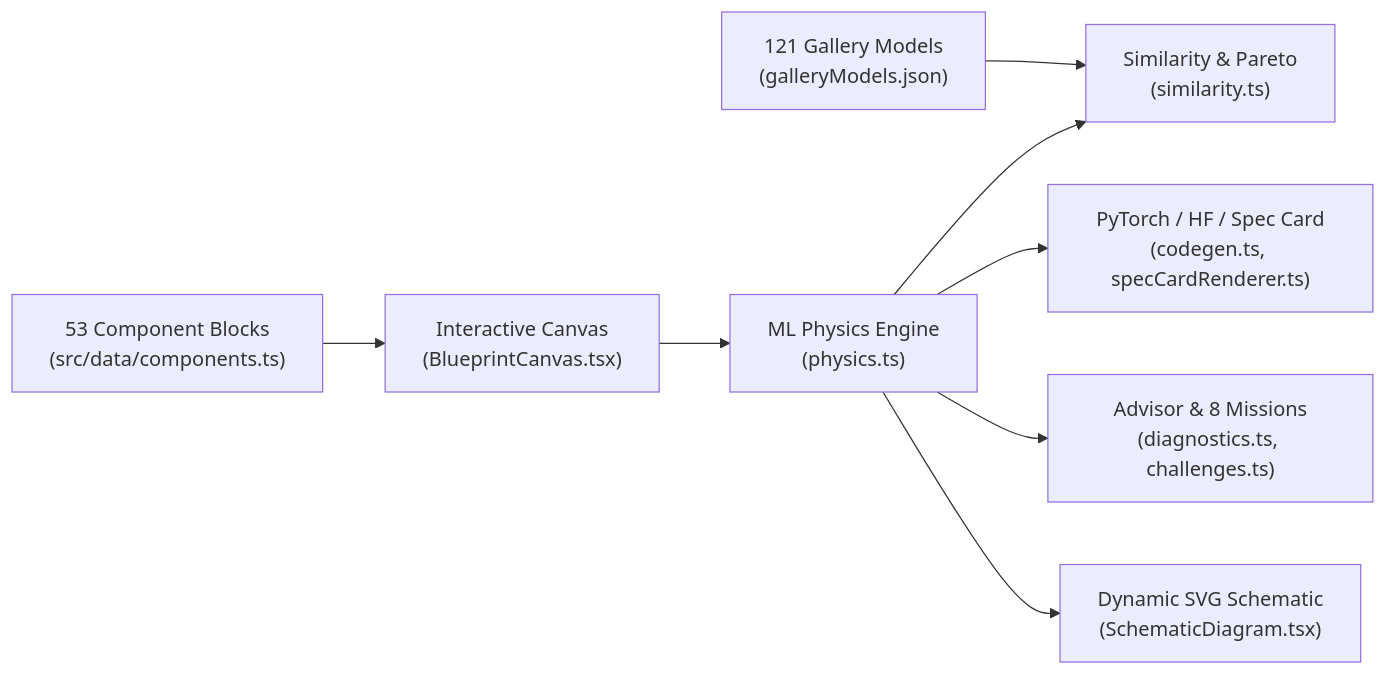
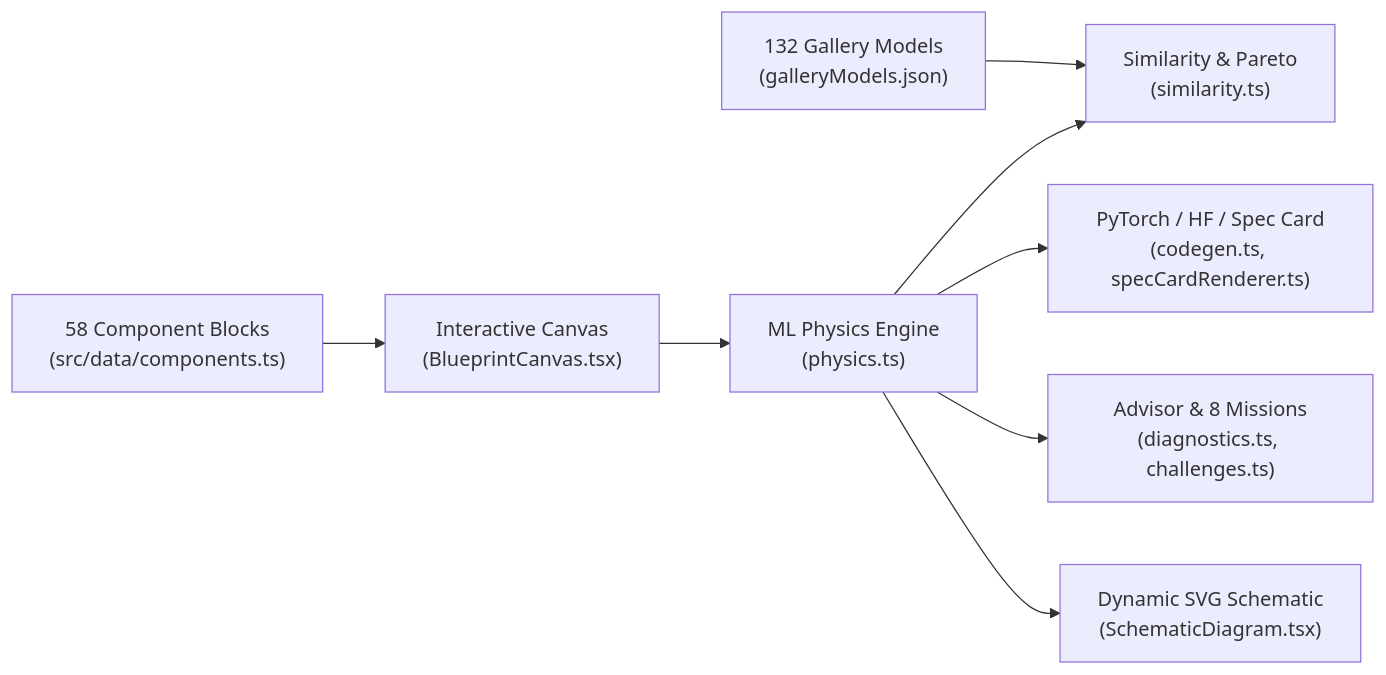
One commit to AKMessi/llm-arch changed the diagram in README.md. Above: the diagram before and after it, drawn with Mermaid. The commit also changed other lines of this file and 19 other files, not shown here.

Commit message:
feat: sync all 132 models from Sebastian Raschka Gallery + add 5 Nov 2026 blocks & 3 presets

````diff
--- a/README.md
+++ b/README.md
@@ -129,10 +131,10 @@
 ```mermaid
 flowchart LR
-  A["53 Component Blocks\n(src/data/components.ts)"] --> C["Interactive Canvas\n(BlueprintCanvas.tsx)"]
-  B["121 Gallery Models\n(galleryModels.json)"] --> D["Similarity & Pareto\n(similarity.ts)"]
+  A["58 Component Blocks\n(src/data/components.ts)"] --> C["Interactive Canvas\n(BlueprintCanvas.tsx)"]
+  B["132 Gallery Models\n(galleryModels.json)"] --> D["Similarity & Pareto\n(similarity.ts)"]
   C --> E["ML Physics Engine\n(physics.ts)"]
   E --> F["Dynamic SVG Schematic\n(SchematicDiagram.tsx)"]
   E --> G["Advisor & 8 Missions\n(diagnostics.ts, challenges.ts)"]
   E --> H["PyTorch / HF / Spec Card\n(codegen.ts, specCardRenderer.ts)"]
   E --> D
 ```
````
